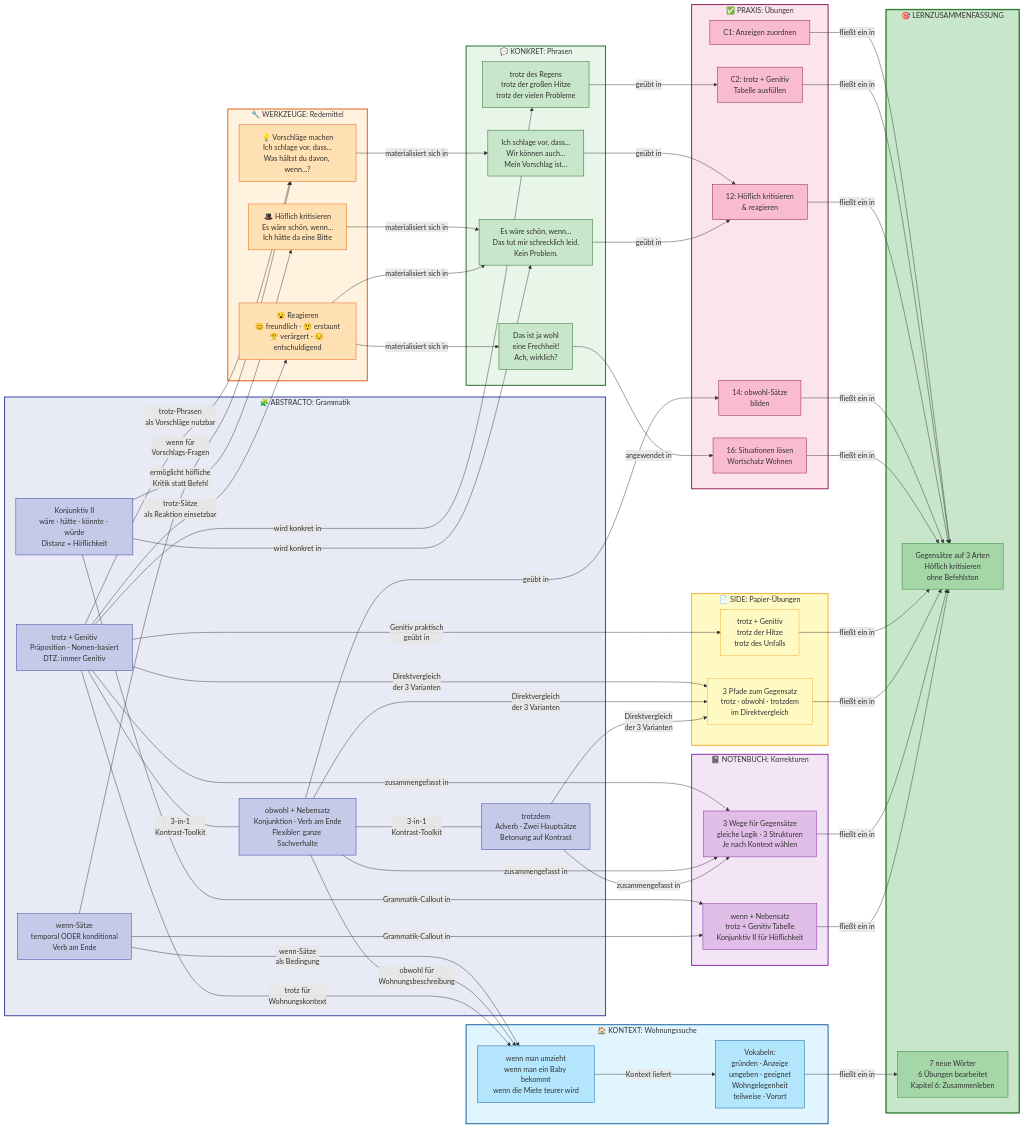
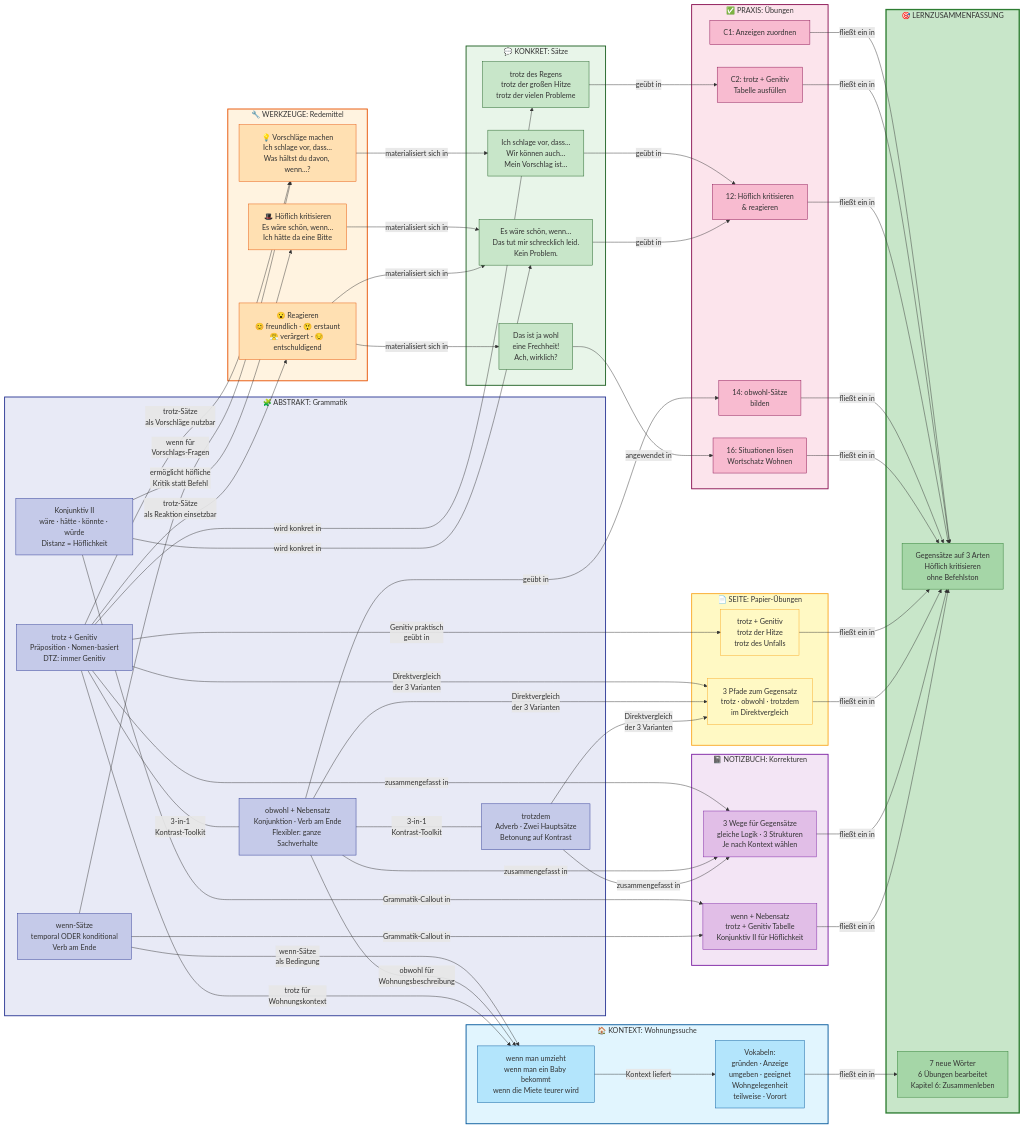
Before and after one commit to raulmina1/quartz-garden: the diagram in content/Mental Map - Gegensätze & Redemittel.md, drawn with Mermaid. The commit also changed other lines of this file and 1 other file, not shown here.

```diff
--- a/content/Mental Map - Gegensätze & Redemittel.md
+++ b/content/Mental Map - Gegensätze & Redemittel.md
@@ -32,6 +32,6 @@
 <pre class="mermaid">
 flowchart LR
-    subgraph ABSTRACTO["🧩 ABSTRACTO: Grammatik"]
+    subgraph ABSTRACTO["🧩 ABSTRAKT: Grammatik"]
         G1["trotz + Genitiv&lt;br/&gt;Präposition · Nomen-basiert&lt;br/&gt;DTZ: immer Genitiv"]
         G2["obwohl + Nebensatz&lt;br/&gt;Konjunktion · Verb am Ende&lt;br/&gt;Flexibler: ganze Sachverhalte"]
         G3["trotzdem&lt;br/&gt;Adverb · Zwei Hauptsätze&lt;br/&gt;Betonung auf Kontrast"]
@@ -48,7 +48,7 @@
         R3["😮 Reagieren&lt;br/&gt;😊 freundlich · 😲 erstaunt&lt;br/&gt;😤 verärgert · 😔 entschuldigend"]
     end
 
-    subgraph KONKRET["💬 KONKRET: Phrasen"]
+    subgraph KONKRET["💬 KONKRET: Sätze"]
         P1["trotz des Regens&lt;br/&gt;trotz der großen Hitze&lt;br/&gt;trotz der vielen Probleme"]
         P2["Ich schlage vor, dass…&lt;br/&gt;Wir können auch…&lt;br/&gt;Mein Vorschlag ist…"]
         P3["Es wäre schön, wenn…&lt;br/&gt;Das tut mir schrecklich leid.&lt;br/&gt;Kein Problem."]
@@ -60,7 +60,7 @@
         W2["Vokabeln:&lt;br/&gt;gründen · Anzeige&lt;br/&gt;umgeben · geeignet&lt;br/&gt;Wohngelegenheit&lt;br/&gt;teilweise · Vorort"]
     end
 
-    subgraph NOTEN["📓 NOTENBUCH: Korrekturen"]
+    subgraph NOTEN["📓 NOTIZBUCH: Korrekturen"]
         N1["3 Wege für Gegensätze&lt;br/&gt;gleiche Logik · 3 Strukturen&lt;br/&gt;Je nach Kontext wählen"]
         N2["wenn + Nebensatz&lt;br/&gt;trotz + Genitiv Tabelle&lt;br/&gt;Konjunktiv II für Höflichkeit"]
     end
@@ -73,7 +73,7 @@
         U5["16: Situationen lösen&lt;br/&gt;Wortschatz Wohnen"]
     end
 
-    subgraph SIDE["📄 SIDE: Papier-Übungen"]
+    subgraph SIDE["📄 SEITE: Papier-Übungen"]
         S1["trotz + Genitiv&lt;br/&gt;trotz der Hitze&lt;br/&gt;trotz des Unfalls"]
         S2["3 Pfade zum Gegensatz&lt;br/&gt;trotz · obwohl · trotzdem&lt;br/&gt;im Direktvergleich"]
     end
@@ -83,7 +83,7 @@
         L2["7 neue Wörter&lt;br/&gt;6 Übungen bearbeitet&lt;br/&gt;Kapitel 6: Zusammenleben"]
     end
 
-    G1 -->|"trotz-Phrasen&lt;br/&gt;als Vorschläge nutzbar"| R1
+    G1 -->|"trotz-Sätze&lt;br/&gt;als Vorschläge nutzbar"| R1
     G1 -->|"trotz-Sätze&lt;br/&gt;als Reaktion einsetzbar"| R3
     G4 -->|"ermöglicht höfliche&lt;br/&gt;Kritik statt Befehl"| R2
     G5 -->|"wenn für&lt;br/&gt;Vorschlags-Fragen"| R1
```
